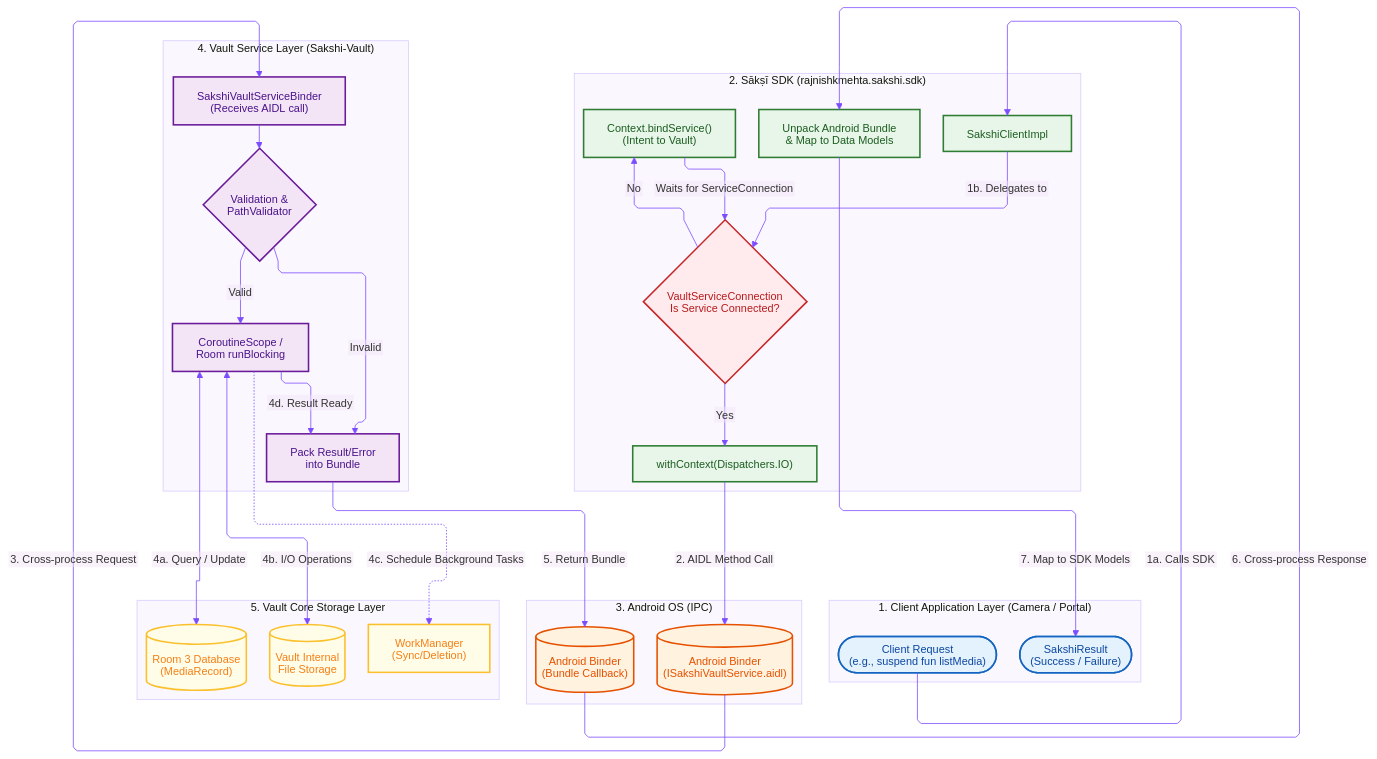
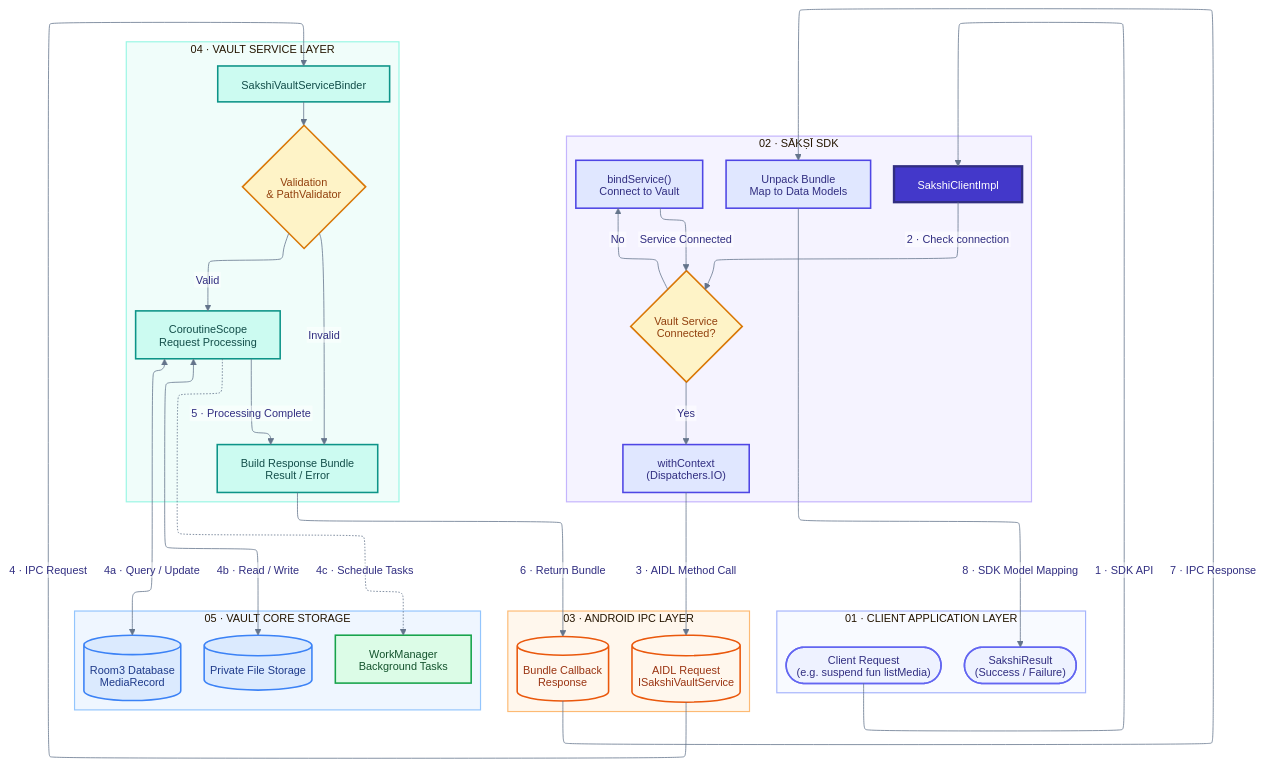
One commit to RajnishKMehta/Sakshi-All changed the diagram in 00_docs/developer-guide/concepts/architecture-flow.md. Above: the diagram before and after it, drawn with Mermaid.

Commit message:
Rajnish k mehta patch 2 (#278)
* Update architecture-flow.md

* Update architecture-flow.md

* Fix typo in database name in architecture flow doc

````diff
--- a/00_docs/developer-guide/concepts/architecture-flow.md
+++ b/00_docs/developer-guide/concepts/architecture-flow.md
@@ -8,120 +8,128 @@
   layout: elk
   theme: base
   look: classic
-
-  # Typography
-  fontFamily: "Arial, sans-serif"
+  fontFamily: "Inter, Arial, sans-serif"
   htmlLabels: false
 
-  # Diagram colors and appearance
   themeVariables:
-    background: "#ffffff"
-
-    primaryColor: "#ffffff"
-    primaryTextColor: "#333333"
-    primaryBorderColor: "#7c4dff"
-
-    secondaryColor: "#f3e5f5"
-    secondaryTextColor: "#4a3b59"
-
-    tertiaryColor: "#ede7f6"
-    lineColor: "#7c4dff"
-    textColor: "#333333"
-
-    # Edge labels
-    edgeLabelBackground: "#f3e5f5"
-
-    # Subgraph containers
-    clusterBkg: "#faf7ff"
-    clusterBorder: "#d8ccff"
-
-    # Nodes and connections
-    nodeTextColor: "#333333"
-    defaultLinkColor: "#7c4dff"
-
-    # Font size
+    background: "#F8FAFC"
+    primaryColor: "#EEF2FF"
+    primaryTextColor: "#312E81"
+    primaryBorderColor: "#6366F1"
+    secondaryColor: "#CCFBF1"
+    secondaryTextColor: "#134E4A"
+    tertiaryColor: "#DBEAFE"
+    lineColor: "#64748B"
+    textColor: "#1E293B"
+    edgeLabelBackground: "#FFFFFF"
+    clusterBkg: "#FFFFFF"
+    clusterBorder: "#CBD5E1"
+    nodeTextColor: "#1E293B"
+    defaultLinkColor: "#64748B"
     fontSize: "14px"
 
-  # Flowchart layout
   flowchart:
-    nodeSpacing: 60
+    nodeSpacing: 55
     rankSpacing: 75
-    diagramPadding: 20
-    curve: linear
+    diagramPadding: 24
+    curve: basis
     inheritDir: true
+
 ---
-flowchart
-    %% Definitions
-    subgraph ClientLayer ["1. Client Application Layer (Camera / Portal)"]
-        ClientReq(["Client Request\n(e.g., suspend fun listMedia)"])
-        ClientRes(["SakshiResult\n(Success / Failure)"])
+flowchart TD
+
+    %% 1. CLIENT APPLICATION LAYER
+    subgraph ClientLayer["01 · CLIENT APPLICATION LAYER"]
+        direction LR
+        ClientReq(["Client Request<br/>(e.g. suspend fun listMedia)"])
+        ClientRes(["SakshiResult<br/>(Success / Failure)"])
     end
 
-    subgraph SDKLayer ["2. Sākṣī SDK (rajnishkmehta.sakshi.sdk)"]
+    %% 2. SDK LAYER
+    subgraph SDKLayer["02 · SĀKṢĪ SDK"]
+        direction TB
         SakshiClient["SakshiClientImpl"]
-        CheckConn{"VaultServiceConnection\nIs Service Connected?"}
-        BindService["Context.bindService()\n(Intent to Vault)"]
-        DispatchIO["withContext(Dispatchers.IO)"]
-        Unpack["Unpack Android Bundle\n& Map to Data Models"]
+        CheckConn{"Vault Service<br/>Connected?"}
+        BindService["bindService()<br/>Connect to Vault"]
+        DispatchIO["withContext<br/>(Dispatchers.IO)"]
+        Unpack["Unpack Bundle<br/>Map to Data Models"]
     end
 
-    subgraph OS ["3. Android OS (IPC)"]
-        BinderReq[("Android Binder\n(ISakshiVaultService.aidl)")]
-        BinderRes[("Android Binder\n(Bundle Callback)")]
+    %% 3. ANDROID IPC LAYER
+    subgraph OS["03 · ANDROID IPC LAYER"]
+        direction LR
+        BinderReq[("AIDL Request<br/>ISakshiVaultService")]
+        BinderRes[("Bundle Callback<br/>Response")]
     end
 
-    subgraph VaultLayer ["4. Vault Service Layer (Sakshi-Vault)"]
-        VaultBinder["SakshiVaultServiceBinder\n(Receives AIDL call)"]
-        Validate{"Validation &\nPathValidator"}
-        Processing["CoroutineScope /\nRoom runBlocking"]
-        PackBundle["Pack Result/Error\ninto Bundle"]
+    %% 4. VAULT SERVICE LAYER
+    subgraph VaultLayer["04 · VAULT SERVICE LAYER"]
+        direction TB
+        VaultBinder["SakshiVaultServiceBinder"]
+        Validate{"Validation<br/>& PathValidator"}
+        Processing["CoroutineScope<br/>Request Processing"]
+        PackBundle["Build Response Bundle<br/>Result / Error"]
     end
 
-    subgraph StorageLayer ["5. Vault Core Storage Layer"]
-        DB[("Room 3 Database\n(MediaRecord)")]
-        FileStore[("Vault Internal\nFile Storage")]
-        WorkManager["WorkManager\n(Sync/Deletion)"]
+    %% 5. CORE STORAGE LAYER
+    subgraph StorageLayer["05 · VAULT CORE STORAGE"]
+        direction LR
+        DB[("Room3 Database<br/>MediaRecord")]
+        FileStore[("Private File Storage")]
+        WorkManager["WorkManager<br/>Background Tasks"]
     end
 
-    %% Flow - Request Phase
-    ClientReq -->|1a. Calls SDK| SakshiClient
-    SakshiClient -->|1b. Delegates to| CheckConn
-    CheckConn -- "No" --> BindService
-    BindService --> |"Waits for ServiceConnection"| CheckConn
-    CheckConn -- "Yes" --> DispatchIO
+    %% REQUEST FLOW
+    ClientReq -->|"1 · SDK API"| SakshiClient
+    SakshiClient -->|"2 · Check connection"| CheckConn
 
-    DispatchIO -->|2. AIDL Method Call| BinderReq
-    BinderReq -->|3. Cross-process Request| VaultBinder
+    CheckConn -->|"No"| BindService
+    BindService -->|"Service Connected"| CheckConn
+    CheckConn -->|"Yes"| DispatchIO
 
-    %% Flow - Vault Processing Phase
+    DispatchIO -->|"3 · AIDL Method Call"| BinderReq
+    BinderReq -->|"4 · IPC Request"| VaultBinder
+
+    %% VAULT PROCESSING
     VaultBinder --> Validate
-    Validate -- "Valid" --> Processing
-    Validate -- "Invalid" --> PackBundle
 
-    Processing <-->|4a. Query / Update| DB
-    Processing <-->|4b. I/O Operations| FileStore
-    Processing -.->|4c. Schedule Background Tasks| WorkManager
+    Validate -->|"Valid"| Processing
+    Validate -->|"Invalid"| PackBundle
 
-    Processing -->|4d. Result Ready| PackBundle
+    Processing <-->|"4a · Query / Update"| DB
+    Processing <-->|"4b · Read / Write"| FileStore
+    Processing -.->|"4c · Schedule Tasks"| WorkManager
 
-    %% Flow - Response Phase
-    PackBundle -->|5. Return Bundle| BinderRes
-    BinderRes -->|6. Cross-process Response| Unpack
-    Unpack -->|7. Map to SDK Models| ClientRes
+    Processing -->|"5 · Processing Complete"| PackBundle
 
-    %% Styling classes
-    classDef client fill:#e3f2fd,stroke:#1565c0,stroke-width:2px,color:#0d47a1
-    classDef sdk fill:#e8f5e9,stroke:#2e7d32,stroke-width:2px,color:#1b5e20
-    classDef os fill:#fff3e0,stroke:#e65100,stroke-width:2px,color:#e65100
-    classDef vault fill:#f3e5f5,stroke:#6a1b9a,stroke-width:2px,color:#4a148c
-    classDef storage fill:#fffde7,stroke:#fbc02d,stroke-width:2px,color:#f57f17
-    classDef check fill:#ffebee,stroke:#c62828,stroke-width:2px,color:#b71c1c
+    %% RESPONSE FLOW
+    PackBundle -->|"6 · Return Bundle"| BinderRes
+    BinderRes -->|"7 · IPC Response"| Unpack
+    Unpack -->|"8 · SDK Model Mapping"| ClientRes
 
-    %% Apply styles
+    %% NODE STYLES
+    classDef client fill:#EEF2FF,stroke:#6366F1,stroke-width:2px,color:#312E81
+    classDef sdk fill:#E0E7FF,stroke:#4F46E5,stroke-width:2px,color:#312E81
+    classDef sdkCore fill:#4338CA,stroke:#312E81,stroke-width:3px,color:#FFFFFF
+    classDef decision fill:#FEF3C7,stroke:#D97706,stroke-width:2px,color:#92400E
+    classDef os fill:#FFF7ED,stroke:#EA580C,stroke-width:2px,color:#9A3412
+    classDef vault fill:#CCFBF1,stroke:#0D9488,stroke-width:2px,color:#134E4A
+    classDef storage fill:#DBEAFE,stroke:#3B82F6,stroke-width:2px,color:#1E3A8A
+    classDef background fill:#DCFCE7,stroke:#16A34A,stroke-width:2px,color:#14532D
+
     class ClientReq,ClientRes client
-    class SakshiClient,BindService,DispatchIO,Unpack sdk
-    class CheckConn check
+    class SakshiClient sdkCore
+    class BindService,DispatchIO,Unpack sdk
+    class CheckConn,Validate decision
     class BinderReq,BinderRes os
-    class VaultBinder,Validate,Processing,PackBundle vault
-    class DB,FileStore,WorkManager storage
+    class VaultBinder,Processing,PackBundle vault
+    class DB,FileStore storage
+    class WorkManager background
+
+    %% LAYER STYLES
+    style ClientLayer fill:#F8FAFF,stroke:#A5B4FC,stroke-width:1.5px,color:#3730A3
+    style SDKLayer fill:#F5F3FF,stroke:#C4B5FD,stroke-width:1.5px,color:#5B21B6
+    style OS fill:#FFF7ED,stroke:#FDBA74,stroke-width:1.5px,color:#9A3412
+    style VaultLayer fill:#F0FDFA,stroke:#99F6E4,stroke-width:1.5px,color:#115E59
+    style StorageLayer fill:#EFF6FF,stroke:#93C5FD,stroke-width:1.5px,color:#1E40AF
 ```
````
